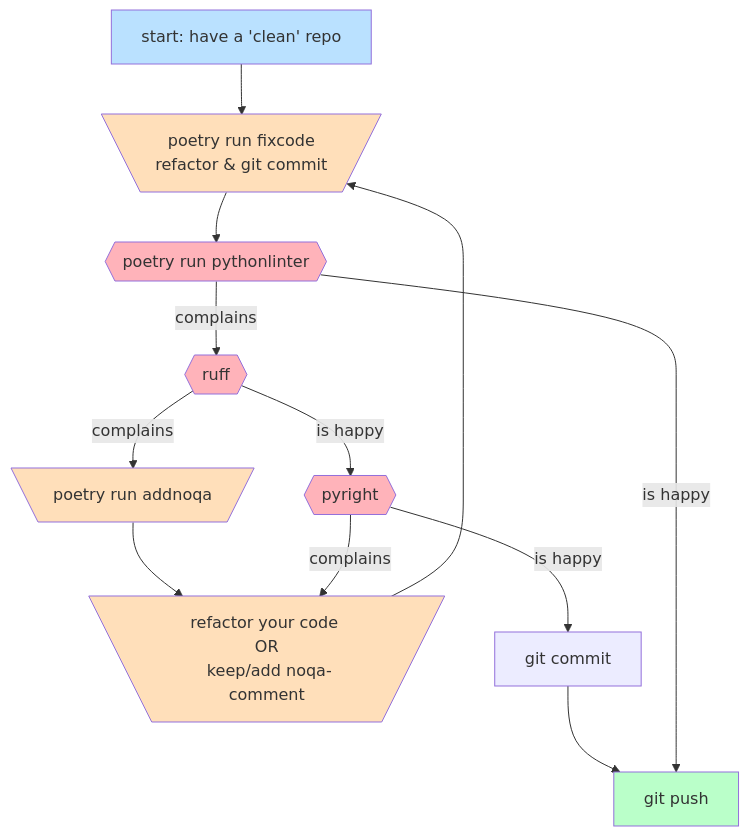
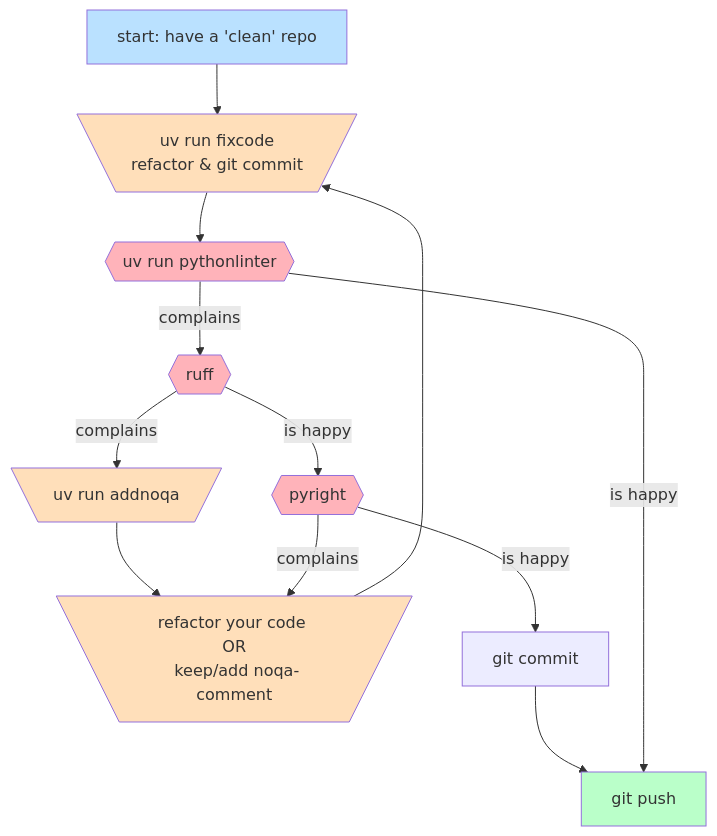
Before and after one commit to dertilo/python-linters: the diagram in README.md, drawn with Mermaid. The commit also changed other lines of this file and 5 other files, not shown here.

````diff
--- a/README.md
+++ b/README.md
@@ -65,19 +65,19 @@
 ```mermaid
 flowchart TD
 classDef style0 fill:#ffb3ba 
 classDef style1 fill:#ffdfba 
 classDef style2 fill:#ffffba 
 classDef style3 fill:#baffc9 
 classDef style4 fill:#bae1ff
 op1["start: have a 'clean' repo"]:::style4 --> op2
-op2[\"poetry run fixcode\n refactor & git commit"/]:::style1 --> cond9{{"poetry run pythonlinter"}}:::style0
+op2[\"uv run fixcode\n refactor & git commit"/]:::style1 --> cond9{{"uv run pythonlinter"}}:::style0
 cond9 --> | complains | cond47{{"ruff"}}:::style0
-cond47 --> | complains | op51[\"poetry run addnoqa"/]:::style1
+cond47 --> | complains | op51[\"uv run addnoqa"/]:::style1
 op51 -->  sub53[\"refactor your code \nOR\n keep/add noqa-comment"/]:::style1
 sub53 --> op2
 cond47 --> | is happy | cond58{{"pyright"}}:::style0
 cond58 --> | complains | sub53
 cond58 --> | is happy | sub66["git commit"]
 sub66 -->  sub80
 cond9 --> | is happy | sub80["git push"]:::style3
 ```
````
